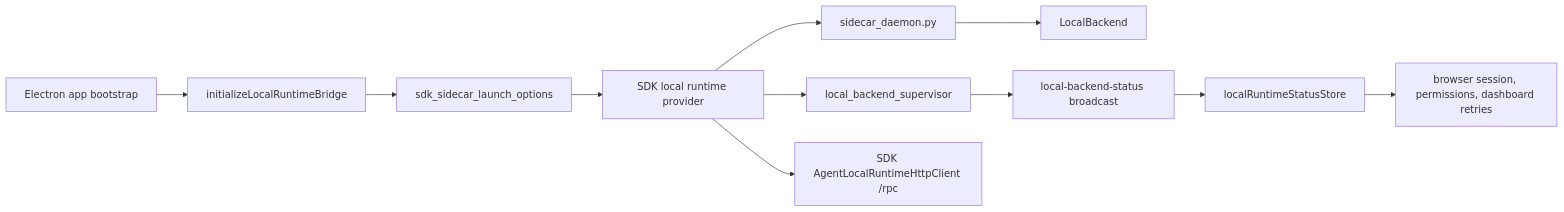
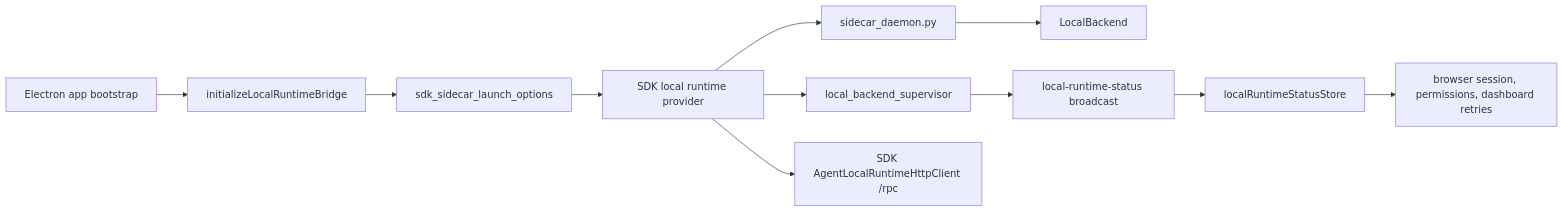
One commit to buiilding/My_Own_OpenClaw changed the diagram in docs/frontend/main/local_backend/process_lifecycle_change_workflow.md. Above: the diagram before and after it, drawn with Mermaid. The commit also changed other lines of this file and 21 other files, not shown here.

First line of the commit message:
refactor(frontend): rename local runtime status channels

````diff
--- a/docs/frontend/main/local_backend/process_lifecycle_change_workflow.md
+++ b/docs/frontend/main/local_backend/process_lifecycle_change_workflow.md
@@ -18,13 +18,13 @@
 ```mermaid
 flowchart LR
   AppBootstrap["Electron app bootstrap"] --> BridgeInit["initializeLocalRuntimeBridge"]
   BridgeInit --> LaunchOptions["sdk_sidecar_launch_options"]
   LaunchOptions --> SDKProvider["SDK local runtime provider"]
   SDKProvider --> Daemon["sidecar_daemon.py"]
   Daemon --> LocalBackend["LocalBackend"]
   SDKProvider --> Supervisor["local_backend_supervisor"]
-  Supervisor --> Status["local-backend-status broadcast"]
+  Supervisor --> Status["local-runtime-status broadcast"]
   Status --> RendererStore["localRuntimeStatusStore"]
   RendererStore --> Consumers["browser session, permissions, dashboard retries"]
   SDKProvider --> Rpc["SDK AgentLocalRuntimeHttpClient /rpc"]
 ```
````
